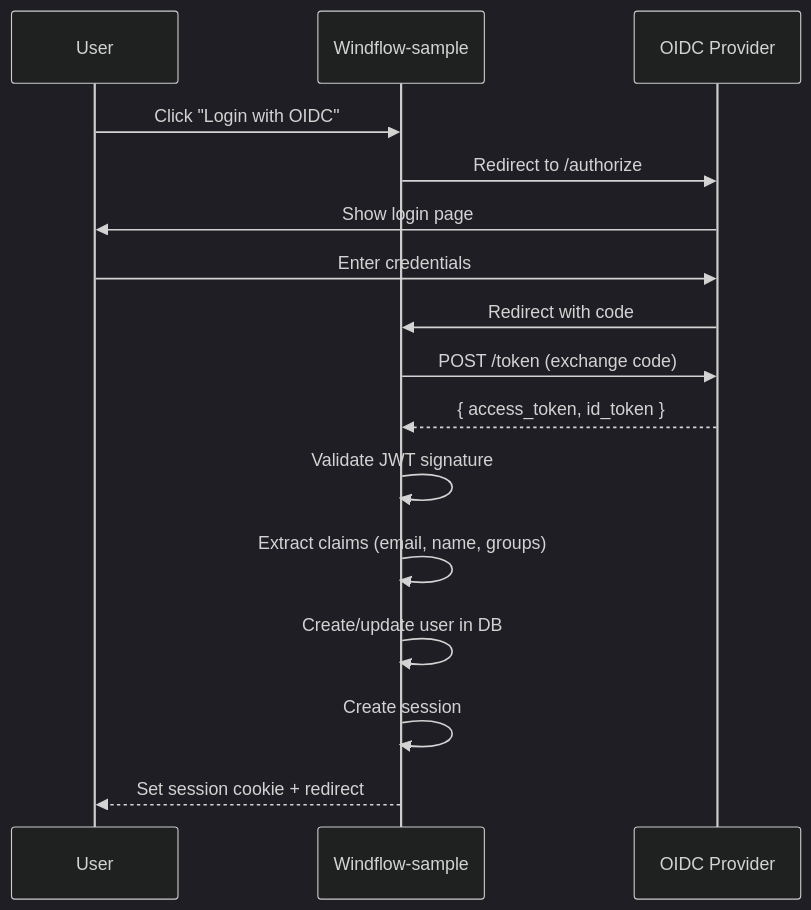
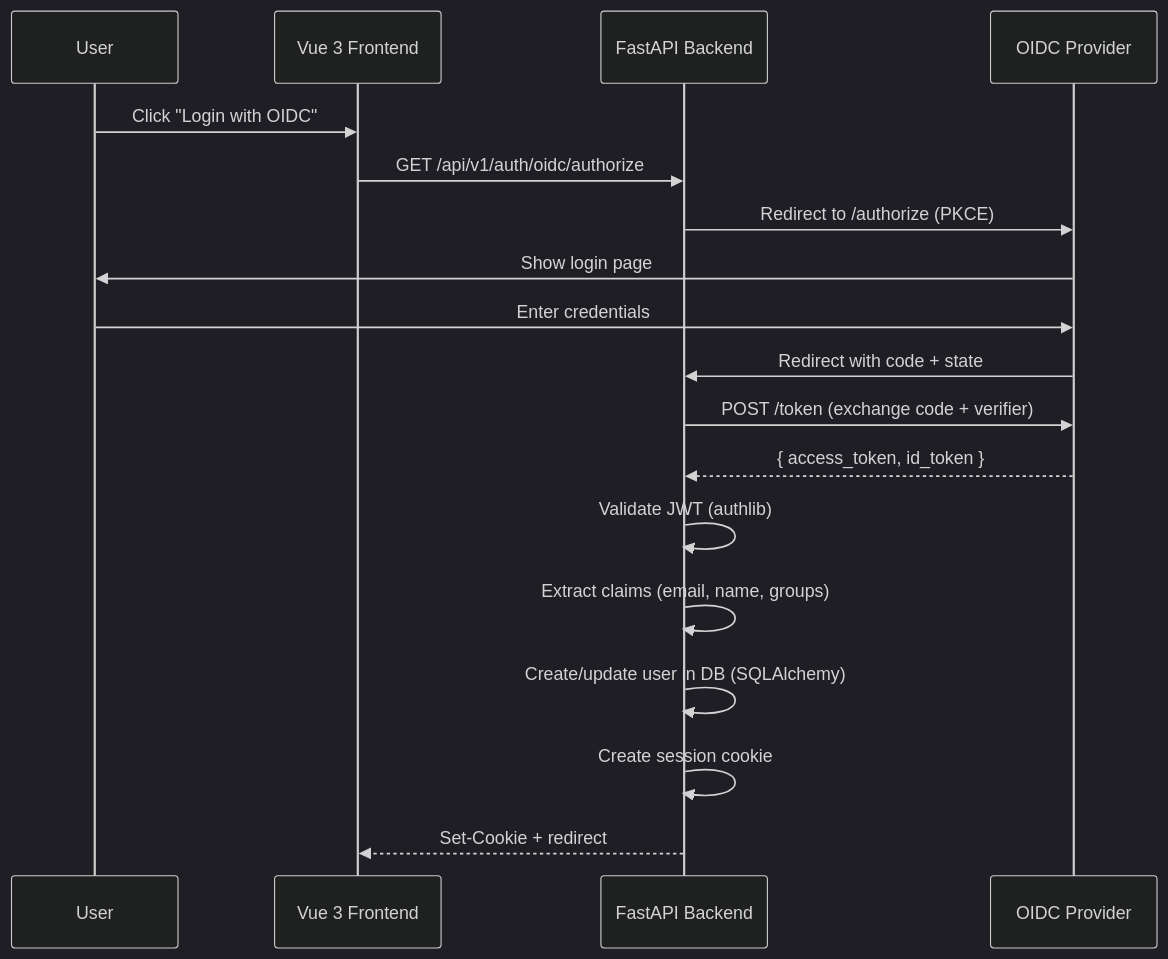
Before and after one commit to stefapi/windflow: the fourth of 4 diagrams in docs_windflow_simple/01-ARCHITECTURE.md, drawn with Mermaid (dark theme). The commit also changed other lines of this file and 3 other files, not shown here.

````diff
--- a/docs_windflow_simple/01-ARCHITECTURE.md
+++ b/docs_windflow_simple/01-ARCHITECTURE.md
@@ -519,19 +424,21 @@
 ```mermaid
 sequenceDiagram
     participant User
-    participant Windflow-sample
+    participant Frontend as Vue 3 Frontend
+    participant API as FastAPI Backend
     participant OIDC as OIDC Provider
 
-    User->>Windflow-sample: Click "Login with OIDC"
-    Windflow-sample->>OIDC: Redirect to /authorize
+    User->>Frontend: Click "Login with OIDC"
+    Frontend->>API: GET /api/v1/auth/oidc/authorize
+    API->>OIDC: Redirect to /authorize (PKCE)
     OIDC->>User: Show login page
     User->>OIDC: Enter credentials
-    OIDC->>Windflow-sample: Redirect with code
-    Windflow-sample->>OIDC: POST /token (exchange code)
-    OIDC-->>Windflow-sample: { access_token, id_token }
-    Windflow-sample->>Windflow-sample: Validate JWT signature
-    Windflow-sample->>Windflow-sample: Extract claims (email, name, groups)
-    Windflow-sample->>Windflow-sample: Create/update user in DB
-    Windflow-sample->>Windflow-sample: Create session
-    Windflow-sample-->>User: Set session cookie + redirect
+    OIDC->>API: Redirect with code + state
+    API->>OIDC: POST /token (exchange code + verifier)
+    OIDC-->>API: { access_token, id_token }
+    API->>API: Validate JWT (authlib)
+    API->>API: Extract claims (email, name, groups)
+    API->>API: Create/update user in DB (SQLAlchemy)
+    API->>API: Create session cookie
+    API-->>Frontend: Set-Cookie + redirect
 ```
````
